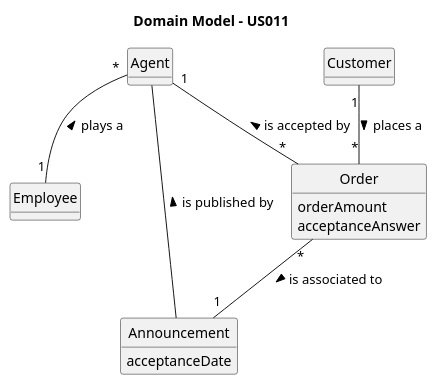
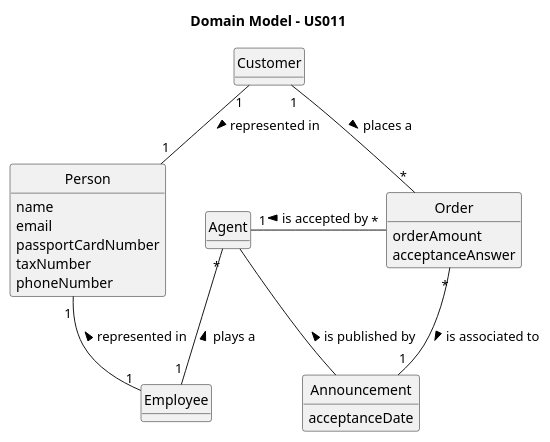
One commit to rita-barbosa/LAPR2-2223 changed the diagram in docs/sprintC/us011/02.analysis/puml/us011-domain-model.puml. Above: the diagram before and after it, drawn with PlantUML. The commit also changed 21 other files, not shown here.

```diff
--- a/docs/sprintC/us011/02.analysis/puml/us011-domain-model.puml
+++ b/docs/sprintC/us011/02.analysis/puml/us011-domain-model.puml
@@ -1,43 +1,54 @@
 @startuml
 skinparam monochrome true
 skinparam packageStyle rectangle
 skinparam shadowing false
 
 'left to right direction
 
 skinparam classAttributeIconSize 0
 
 hide circle
 hide methods
 
 title Domain Model - US011
 
 class Order {
 orderAmount
 acceptanceAnswer
 }
 
 class Agent {
 
 }
 
 class Customer {
 
 }
 
 class Employee {
 
 }
 class Announcement{
 acceptanceDate
 }
+class Person{
+name
+email
+passportCardNumber
+taxNumber
+phoneNumber
+}
 
+
+
+Person "1" --  "1" Employee: represented in <
+Customer "1"  -- "1" Person: represented in >
 Agent -- Announcement : is published by <
-Agent "*" -- "1" Employee : plays a <
-Agent "1" -- "*" Order : is accepted by <
-Order "*" -- "1" Announcement : is associated to >
+Agent "*" - "1" Employee : plays a <
+Agent "1" - "*" Order : is accepted by <
+Order "*" - "1" Announcement : is associated to >
 Customer "1" -- "*" Order : places a >
 
 
 
 @enduml
```
